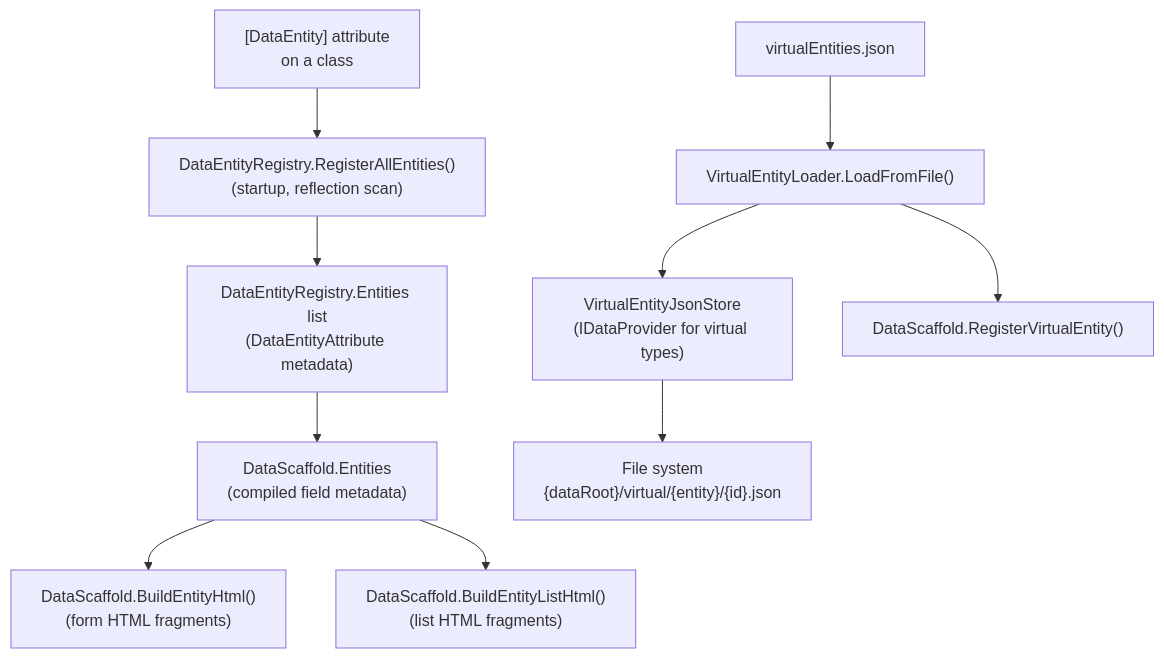
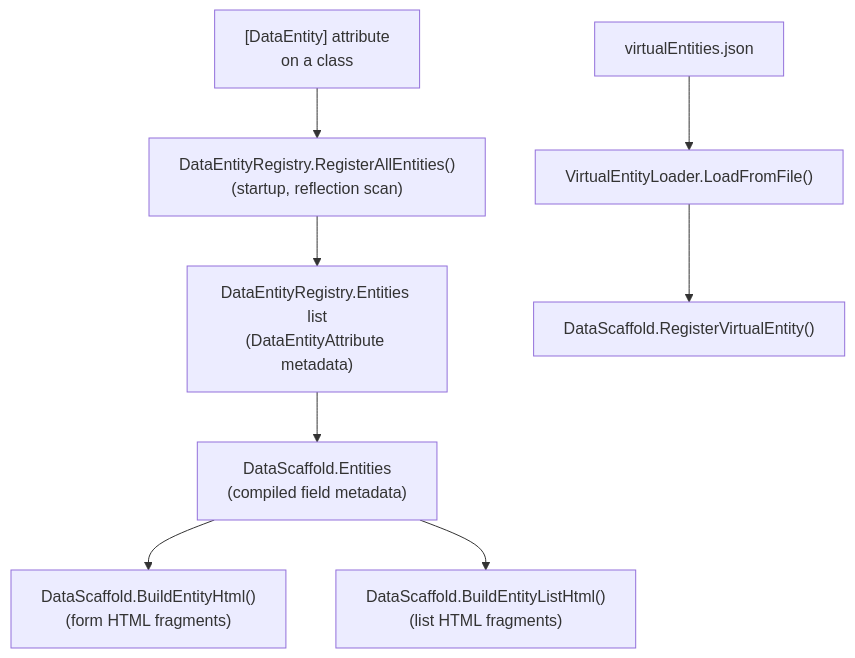
One commit to WillEastbury/BareMetalWeb changed the second of 8 diagrams in docs/architecture/data-layer.md. Above: the diagram before and after it, drawn with Mermaid. The commit also changed other lines of this file and 3 other files, not shown here.

````diff
--- a/docs/architecture/data-layer.md
+++ b/docs/architecture/data-layer.md
@@ -53,13 +37,11 @@
 ```mermaid
 flowchart TD
     A["[DataEntity] attribute<br/>on a class"] --> B["DataEntityRegistry.RegisterAllEntities()<br/>(startup, reflection scan)"]
     B --> C["DataEntityRegistry.Entities list<br/>(DataEntityAttribute metadata)"]
     C --> D["DataScaffold.Entities<br/>(compiled field metadata)"]
     D --> E["DataScaffold.BuildEntityHtml()<br/>(form HTML fragments)"]
     D --> F["DataScaffold.BuildEntityListHtml()<br/>(list HTML fragments)"]
 
     VE["virtualEntities.json"] --> VL["VirtualEntityLoader.LoadFromFile()"]
-    VL --> VJStore["VirtualEntityJsonStore<br/>(IDataProvider for virtual types)"]
     VL --> DSP2["DataScaffold.RegisterVirtualEntity()"]
-    VJStore --> FS3["File system<br/>{dataRoot}/virtual/{entity}/{id}.json"]
 ```
````
